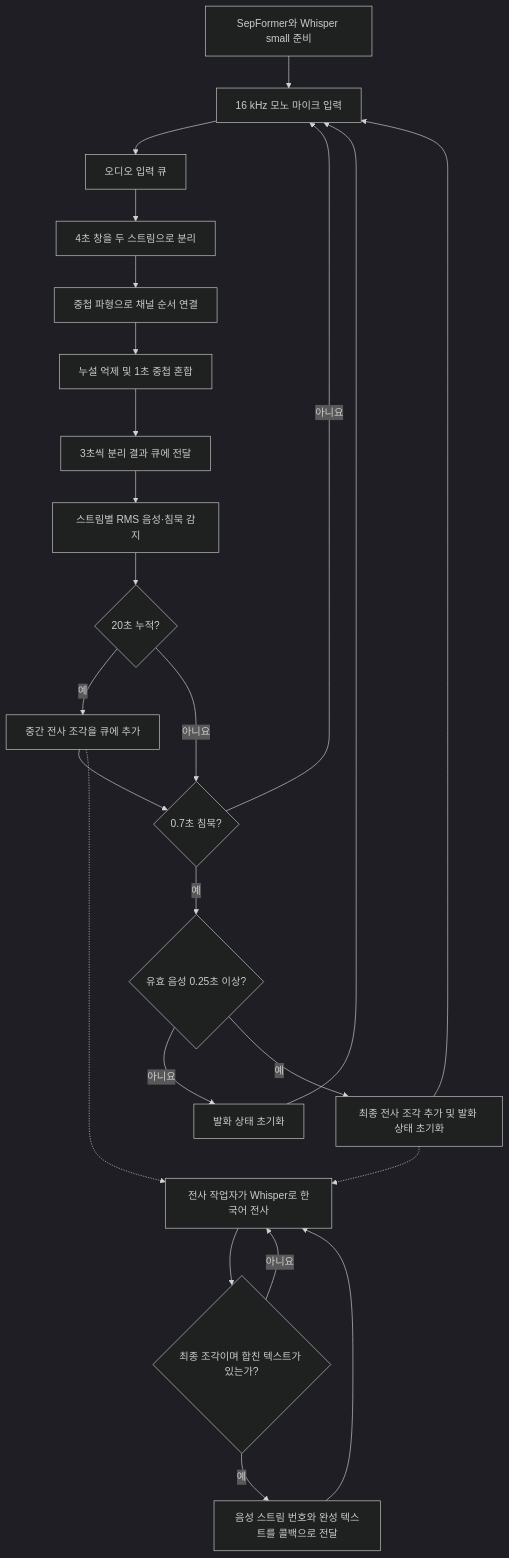
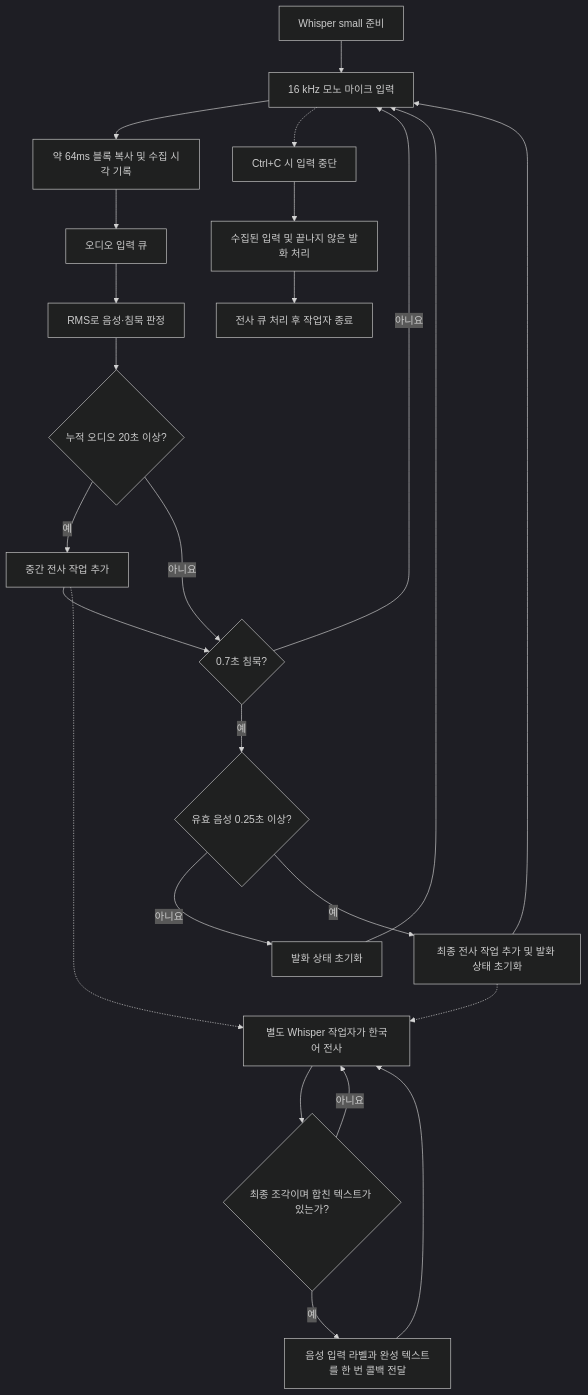
The second of 6 diagrams in FLOWCHART.md (pyhearts/ROBOTPAL), drawn with Mermaid (dark theme) before and after one commit. The commit also changed other lines of this file and 35 other files, not shown here.

````diff
--- a/FLOWCHART.md
+++ b/FLOWCHART.md
@@ -24,26 +24,26 @@
 ```mermaid
 flowchart TD
-    A[SepFormer와 Whisper small 준비] --> B[16 kHz 모노 마이크 입력]
-    B --> C[오디오 입력 큐]
-    C --> D[4초 창을 두 스트림으로 분리]
-    D --> E[중첩 파형으로 채널 순서 연결]
-    E --> F[누설 억제 및 1초 중첩 혼합]
-    F --> G[3초씩 분리 결과 큐에 전달]
-    G --> H[스트림별 RMS 음성·침묵 감지]
-    H --> I{20초 누적?}
-    I -->|예| J[중간 전사 조각을 큐에 추가]
-    I -->|아니요| K{0.7초 침묵?}
-    J --> K
-    K -->|아니요| B
-    K -->|예| L{유효 음성 0.25초 이상?}
-    L -->|아니요| M[발화 상태 초기화]
-    M --> B
-    L -->|예| N[최종 전사 조각 추가 및 발화 상태 초기화]
-    N --> B
-    J -.-> O[전사 작업자가 Whisper로 한국어 전사]
-    N -.-> O
-    O --> P{최종 조각이며 합친 텍스트가 있는가?}
-    P -->|아니요| O
-    P -->|예| Q[음성 스트림 번호와 완성 텍스트를 콜백으로 전달]
-    Q --> O
+    A[Whisper small 준비] --> B[16 kHz 모노 마이크 입력]
+    B --> C[약 64ms 블록 복사 및 수집 시각 기록]
+    C --> D[오디오 입력 큐]
+    D --> E[RMS로 음성·침묵 판정]
+    E --> F{누적 오디오 20초 이상?}
+    F -->|예| G[중간 전사 작업 추가]
+    F -->|아니요| H{0.7초 침묵?}
+    G --> H
+    H -->|아니요| B
+    H -->|예| I{유효 음성 0.25초 이상?}
+    I -->|아니요| J[발화 상태 초기화]
+    J --> B
+    I -->|예| K[최종 전사 작업 추가 및 발화 상태 초기화]
+    K --> B
+    G -.-> L[별도 Whisper 작업자가 한국어 전사]
+    K -.-> L
+    L --> M{최종 조각이며 합친 텍스트가 있는가?}
+    M -->|아니요| L
+    M -->|예| N[음성 입력 라벨과 완성 텍스트를 한 번 콜백 전달]
+    N --> L
+    B -.-> STOP[Ctrl+C 시 입력 중단]
+    STOP --> DRAIN[수집된 입력 및 끝나지 않은 발화 처리]
+    DRAIN --> END[전사 큐 처리 후 작업자 종료]
 ```
````
